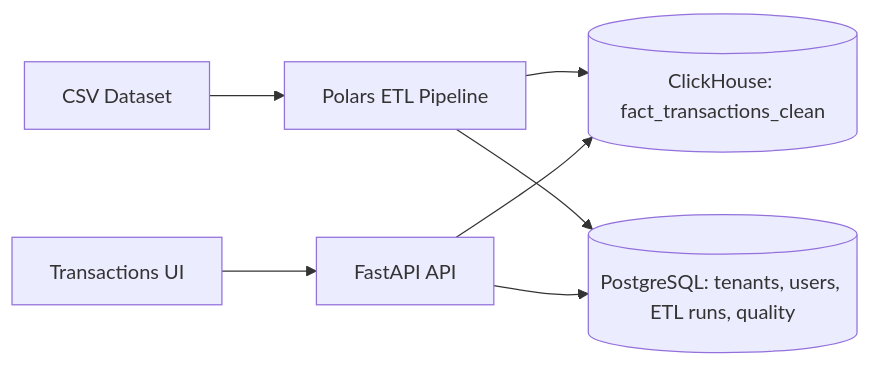
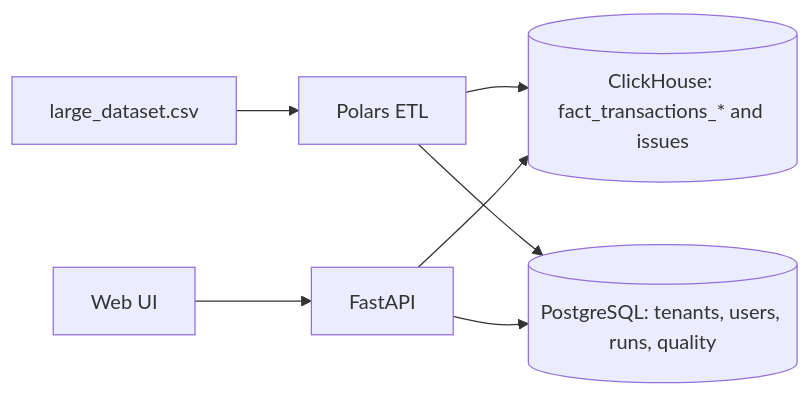
Before and after one commit to Dogukan-Bayhan/case_study_v1: the diagram in README.md, drawn with Mermaid. The commit also changed other lines of this file and 19 other files, not shown here.

````diff
--- a/README.md
+++ b/README.md
@@ -15,9 +49,9 @@
 ```mermaid
 flowchart LR
-  CSV[CSV Dataset] --> ETL[Polars ETL Pipeline]
-  ETL --> CH[(ClickHouse: fact_transactions_clean)]
-  ETL --> PG[(PostgreSQL: tenants, users, ETL runs, quality)]
-  API[FastAPI API] --> CH
+  CSV[large_dataset.csv] --> ETL[Polars ETL]
+  ETL --> CH[(ClickHouse: fact_transactions_* and issues)]
+  ETL --> PG[(PostgreSQL: tenants, users, runs, quality)]
+  UI[Web UI] --> API[FastAPI]
+  API --> CH
   API --> PG
-  UI[Transactions UI] --> API
 ```
````
